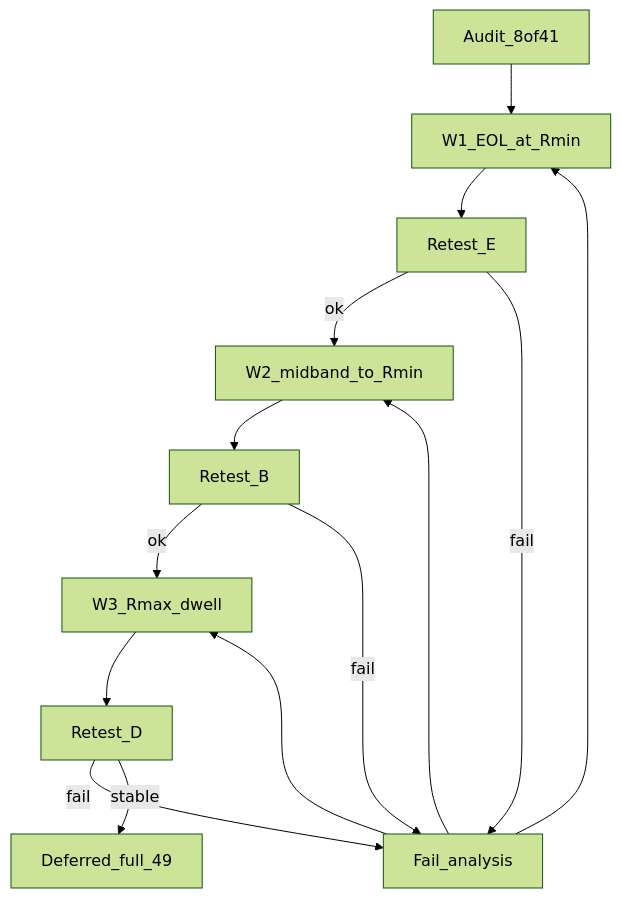
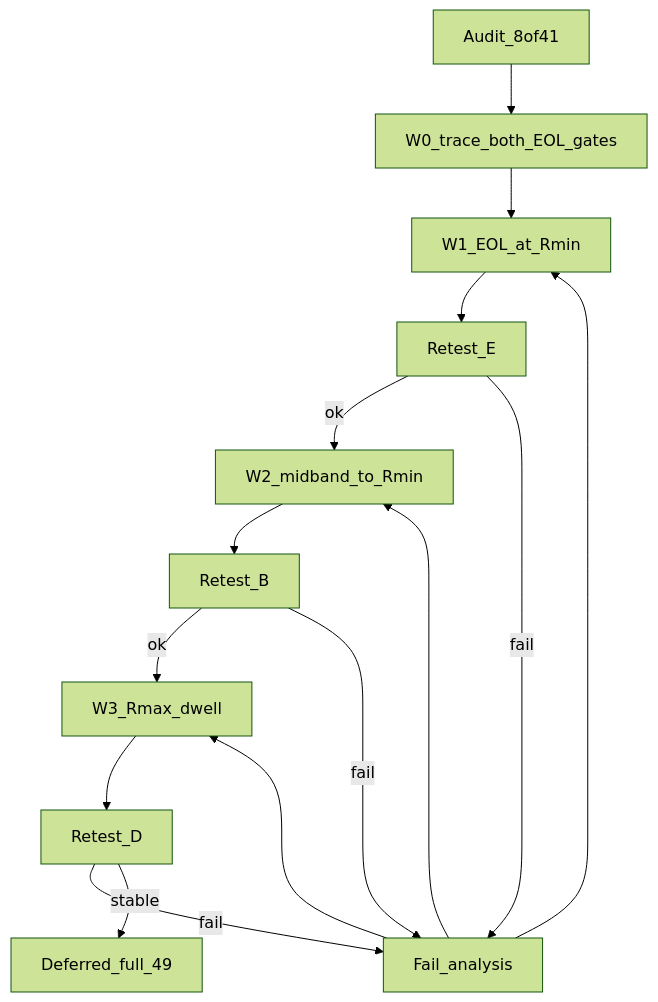
Before and after one commit to aicommunity/Nmsdk: the first of 2 diagrams in Docs/Audit/TimeLearner-2026-09-26-review/evidence/AMPNORM_EOL_FIX.plan.md, drawn with Mermaid (forest theme). The commit also changed other lines of this file and 1 other file, not shown here.

Commit message:
docs(audit): refine SoftCold findings and fix plan

````diff
--- a/Docs/Audit/TimeLearner-2026-09-26-review/evidence/AMPNORM_EOL_FIX.plan.md
+++ b/Docs/Audit/TimeLearner-2026-09-26-review/evidence/AMPNORM_EOL_FIX.plan.md
@@ -35,19 +38,20 @@
 ```mermaid
 flowchart TD
   audit[Audit_8of41]
+  w0[W0_trace_both_EOL_gates]
   w1[W1_EOL_at_Rmin]
   w2[W2_midband_to_Rmin]
   w3[W3_Rmax_dwell]
   rt1[Retest_E]
   rt2[Retest_B]
   rt3[Retest_D]
   failA[Fail_analysis]
   full[Deferred_full_49]
-  audit --> w1 --> rt1
+  audit --> w0 --> w1 --> rt1
   rt1 -->|ok| w2 --> rt2
   rt2 -->|ok| w3 --> rt3
   rt1 -->|fail| failA --> w1
   rt2 -->|fail| failA --> w2
   rt3 -->|fail| failA --> w3
   rt3 -->|stable| full
 ```
````
